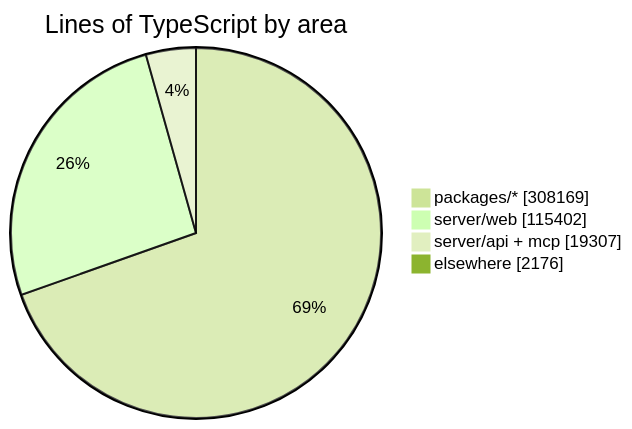
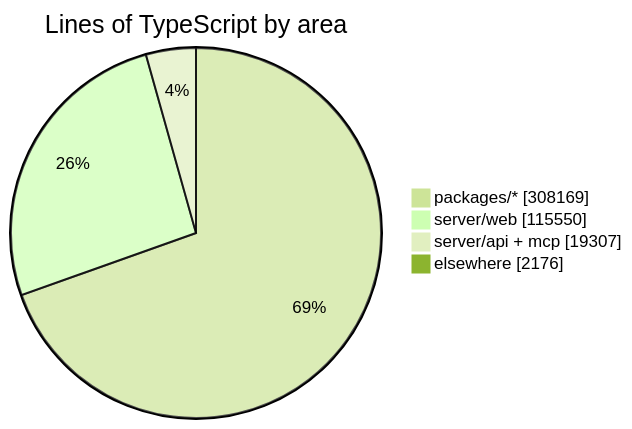
The diagram in README.md (crossworks-engineering/mantle), drawn with Mermaid (forest theme) before and after one commit. The commit also changed other lines of this file and 2 other files, not shown here.

````diff
--- a/README.md
+++ b/README.md
@@ -294,7 +294,7 @@
 ```mermaid
 pie showData title Lines of TypeScript by area
     "packages/*" : 308169
-    "server/web" : 115402
+    "server/web" : 115550
     "server/api + mcp" : 19307
     "elsewhere" : 2176
 ```
````
